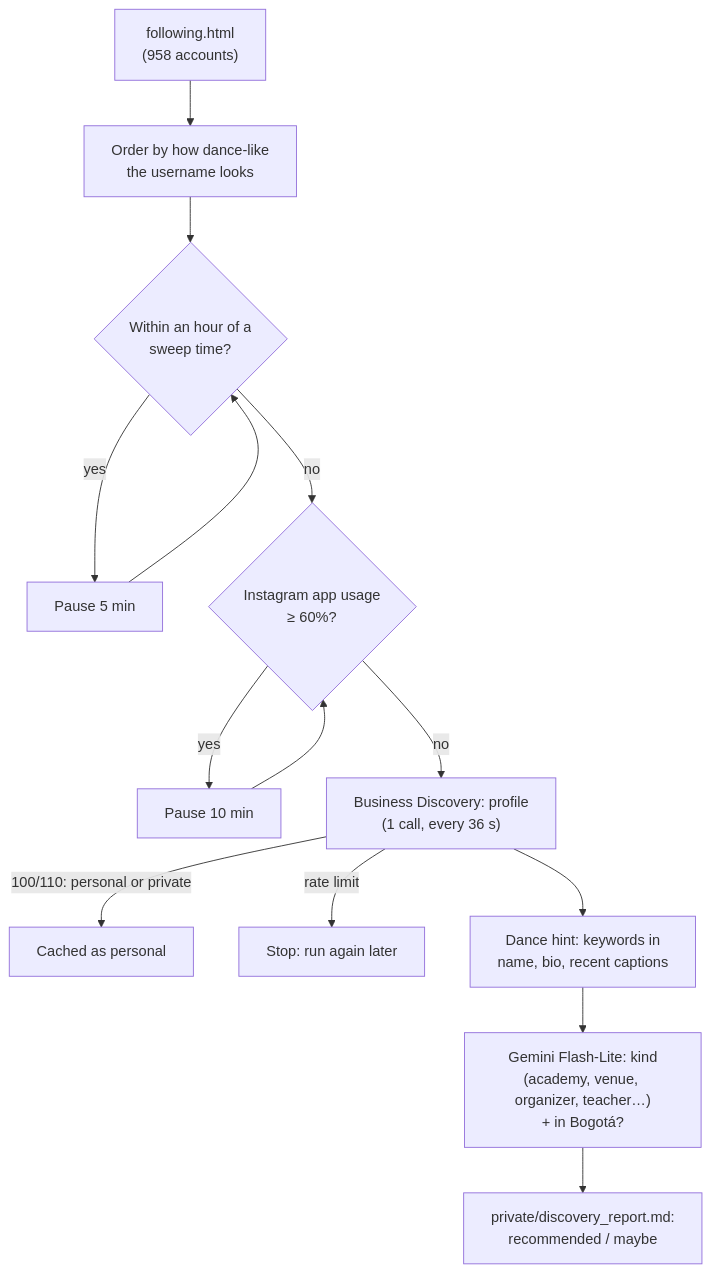
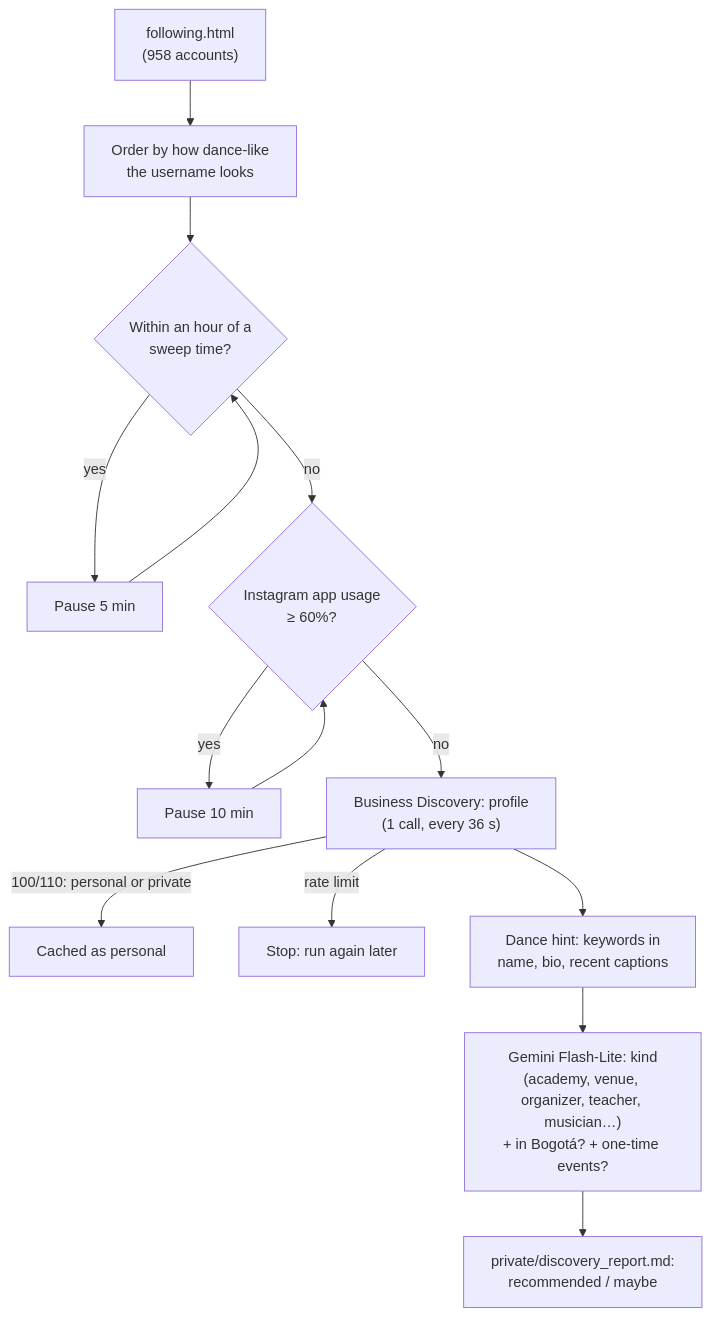
One commit to pa-bailar/backend changed the tenth of 12 diagrams in docs/ARCHITECTURE.md. Above: the diagram before and after it, drawn with Mermaid. The commit also changed other lines of this file and 1 other file, not shown here.

Commit message:
docs: artists in the sweeps and in discovery, events in other cities

````diff
--- a/docs/ARCHITECTURE.md
+++ b/docs/ARCHITECTURE.md
@@ -762,14 +763,14 @@
 ```mermaid
 flowchart TD
     F["following.html<br/>(958 accounts)"] --> O["Order by how dance-like<br/>the username looks"]
     O --> W{"Within an hour of a<br/>sweep time?"}
     W -->|yes| WAIT["Pause 5 min"] --> W
     W -->|no| U{"Instagram app usage<br/>≥ 60%?"}
     U -->|yes| P10["Pause 10 min"] --> U
     U -->|no| BD["Business Discovery: profile<br/>(1 call, every 36 s)"]
     BD -->|"100/110: personal or private"| PERS["Cached as personal"]
     BD -->|rate limit| STOP["Stop: run again later"]
     BD --> HINT["Dance hint: keywords in<br/>name, bio, recent captions"]
-    HINT --> CL["Gemini Flash-Lite: kind<br/>(academy, venue, organizer, teacher…)<br/>+ in Bogotá?"]
+    HINT --> CL["Gemini Flash-Lite: kind<br/>(academy, venue, organizer, teacher, musician…)<br/>+ in Bogotá? + one-time events?"]
     CL --> REP["private/discovery_report.md:<br/>recommended / maybe"]
 ```
````
